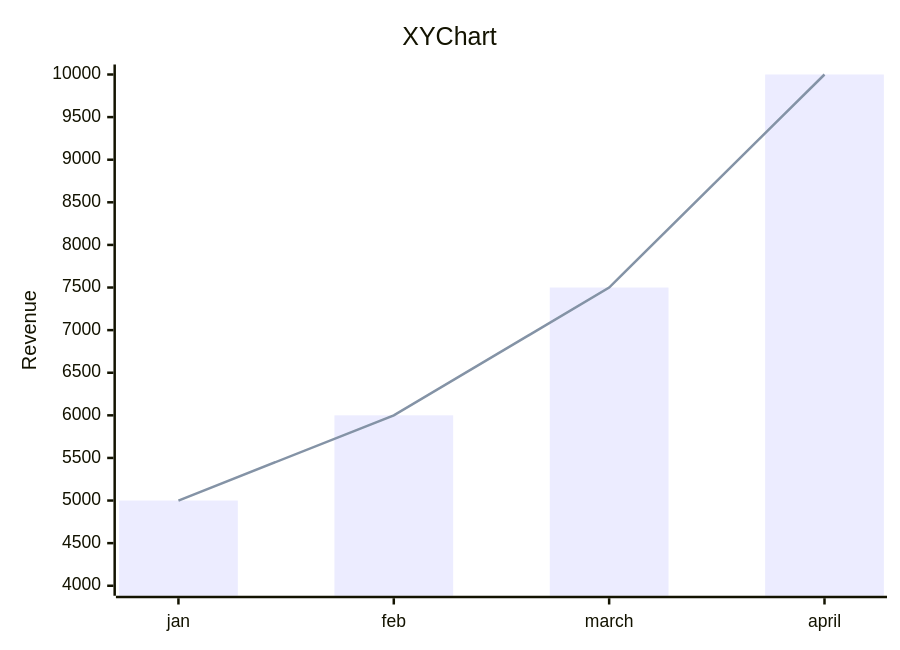
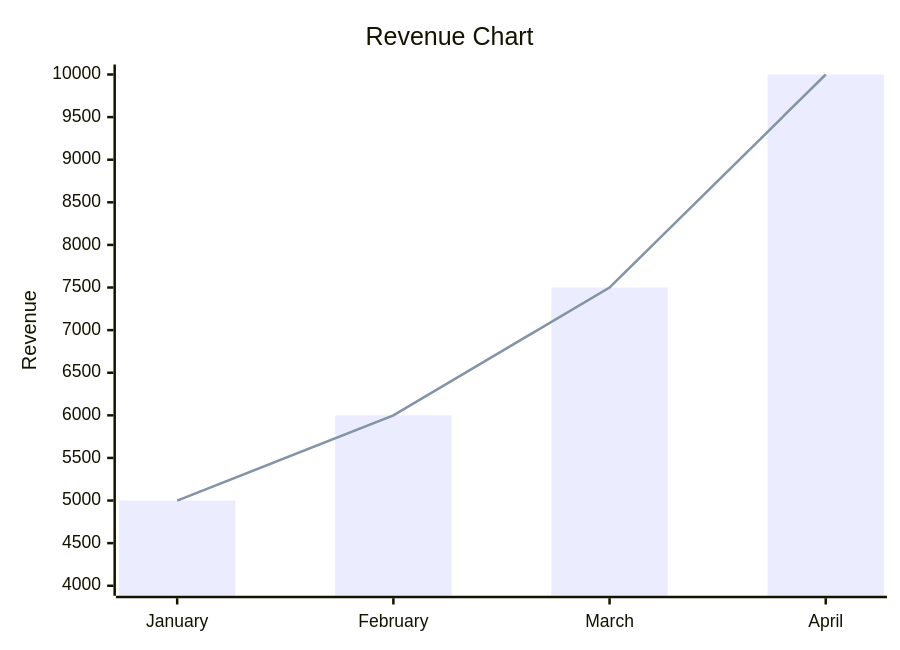
One commit to singhanmolpreet/mermaid changed the seventh of 7 diagrams in mermaid.md. Above: the diagram before and after it, drawn with Mermaid.

````diff
--- a/mermaid.md
+++ b/mermaid.md
@@ -76,8 +76,8 @@
 ```mermaid
 xychart-beta
-    title XY Chart
-    x-axis [jan,feb,march,april]
+    title "Revenue Chart"
+    x-axis [January,February,March,April]
     y-axis "Revenue" 4000 --> 10000
     bar [5000, 6000, 7500, 10000]
     line [5000, 6000, 7500, 10000]
 ```
````
